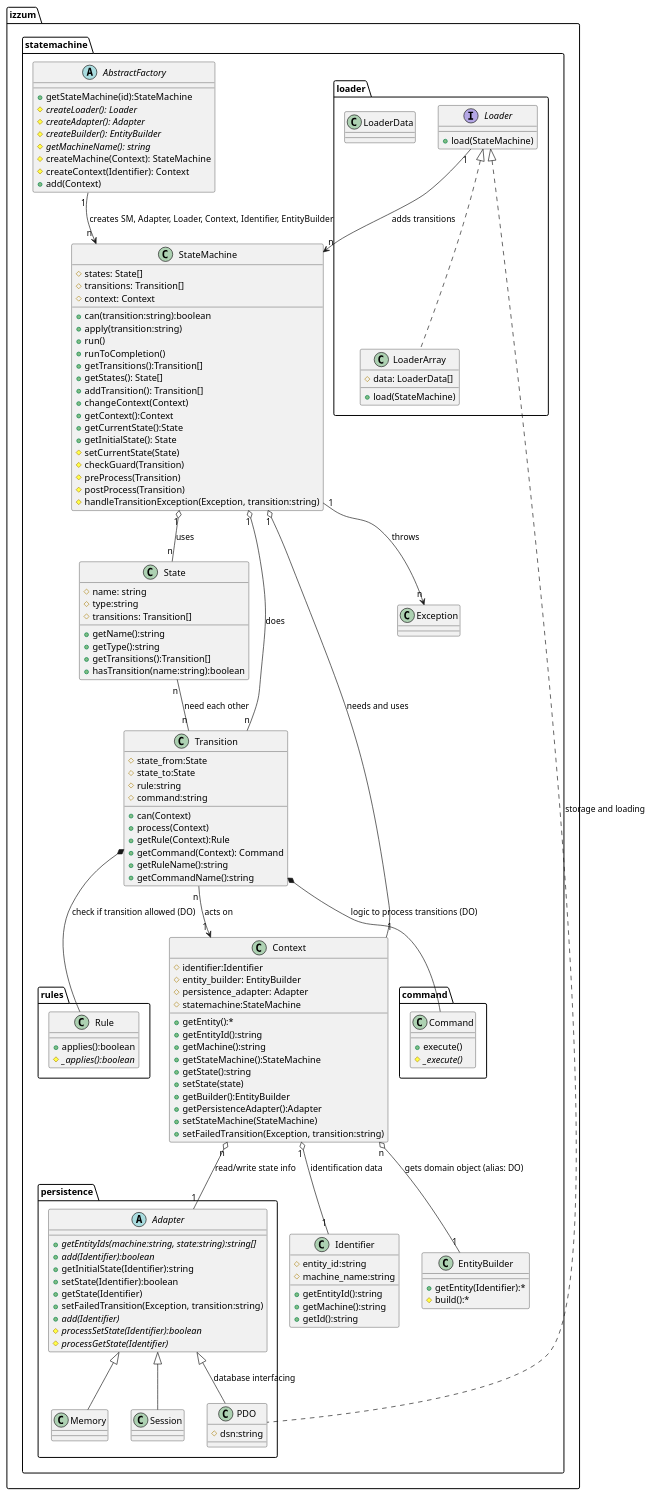
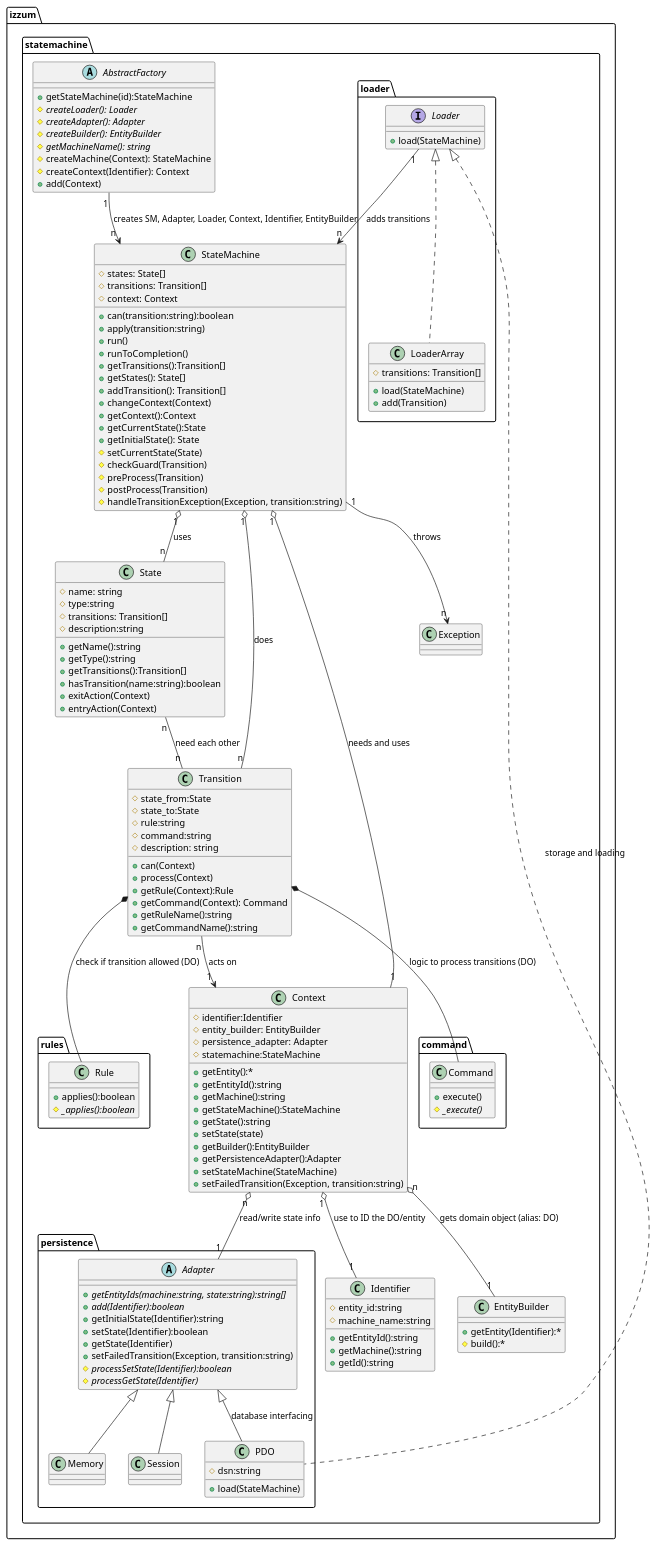
One commit to rolfvreijdenberger/izzum-statemachine changed the diagram in assets/uml/class_diagram_izzum.puml. Above: the diagram before and after it, drawn with PlantUML. The commit also changed 24 other files, not shown here.

First line of the commit message:
entry and exit actions

```diff
--- a/assets/uml/class_diagram_izzum.puml
+++ b/assets/uml/class_diagram_izzum.puml
@@ -1,164 +1,167 @@
 @startuml
 
 package izzum.statemachine {
     Class StateMachine {
       # states: State[]
       # transitions: Transition[]
       # context: Context
       + can(transition:string):boolean
       + apply(transition:string)
       + run()
       + runToCompletion()
       + getTransitions():Transition[]
       + getStates(): State[]
       + addTransition(): Transition[]
       + changeContext(Context)
       + getContext():Context
       + getCurrentState():State
       + getInitialState(): State
       # setCurrentState(State)
       # checkGuard(Transition)
       # preProcess(Transition)
       # postProcess(Transition)
       # handleTransitionException(Exception, transition:string)   
     }
     
     Class State {
         # name: string
         # type:string
         # transitions: Transition[]
+        # description:string
         + getName():string
         + getType():string
         + getTransitions():Transition[]
         + hasTransition(name:string):boolean
+        + exitAction(Context)
+        + entryAction(Context)
     }
     Class Transition {
         # state_from:State
         # state_to:State
         # rule:string
         # command:string
+        # description: string
         + can(Context)
         + process(Context)
         + getRule(Context):Rule
         + getCommand(Context): Command
         + getRuleName():string
         + getCommandName():string
     }
     Class Context {
         # identifier:Identifier
         # entity_builder: EntityBuilder
         # persistence_adapter: Adapter
         # statemachine:StateMachine
         + getEntity():*
         + getEntityId():string
         + getMachine():string
         + getStateMachine():StateMachine
         + getState():string
         + setState(state)
         + getBuilder():EntityBuilder
         + getPersistenceAdapter():Adapter
         + setStateMachine(StateMachine)
         + setFailedTransition(Exception, transition:string)
     }
     
     Class Identifier {
     	# entity_id:string
     	# machine_name:string
     	+ getEntityId():string
     	+ getMachine():string
     	+ getId():string
     }
 
     Class EntityBuilder {
         + getEntity(Identifier):*
         # build():*
     }
     package persistence {
       abstract Class Adapter {
         + {abstract} getEntityIds(machine:string, state:string):string[]
         + {abstract} add(Identifier):boolean
         + getInitialState(Identifier):string
         + setState(Identifier):boolean
         + getState(Identifier)
         + setFailedTransition(Exception, transition:string)
-        + {abstract} add(Identifier)
         # {abstract} processSetState(Identifier):boolean
         # {abstract} processGetState(Identifier)
       }
 
       Class PDO {
         #dsn:string
+        + load(StateMachine)
       }
 
       Class Memory {
 
       }
 
       Class Session {
 
       }
 
     }
 
         abstract Class AbstractFactory {
             + getStateMachine(id):StateMachine
             # {abstract} createLoader(): Loader
             # {abstract} createAdapter(): Adapter
             # {abstract} createBuilder(): EntityBuilder
             # {abstract} getMachineName(): string
             # createMachine(Context): StateMachine
             # createContext(Identifier): Context
             +add(Context)
         }
 
     package loader {
         Interface Loader {
           +load(StateMachine)
         }
         Class LoaderArray {
-          # data: LoaderData[]
+          # transitions: Transition[]
           + load(StateMachine)
-        }
-        Class LoaderData {
+          + add(Transition)
         }
     }
 
     Class Exception
 
     package command {
       Class Command {
         +execute()
         #{abstract}_execute()
       }
     }
 
     package rules {
       Class Rule {
         +applies():boolean
         #{abstract}_applies():boolean
       }
     }
 
 }
     StateMachine "1" o-- "n" State : uses
     StateMachine "1" o-- "n" Transition : does
     StateMachine "1" o-- "1" Context : needs and uses
     StateMachine "1" --> "n" Exception: throws
     Context "n" o-- "1" EntityBuilder : gets domain object (alias: DO)
     Context "n" o-- "1" Adapter : read/write state info
-    Context "1" o-- "1" Identifier : identification data
+    Context "1" o-- "1" Identifier : use to ID the DO/entity
     State "n" -- "n" Transition : need each other
     Adapter <|-- Memory
     Adapter <|-- PDO : database interfacing
     Adapter <|-- Session
     Loader <|.. PDO : storage and loading
     Loader <|.. LoaderArray 
     Transition *-- Command : logic to process transitions (DO)
     Transition *-- Rule : check if transition allowed (DO)
     Transition "n" --> "1" Context : acts on
     AbstractFactory "1" --> "n" StateMachine: creates SM, Adapter, Loader, Context, Identifier, EntityBuilder
     Loader "1" --> "n" StateMachine : adds transitions
 
 
 
 @enduml
```
